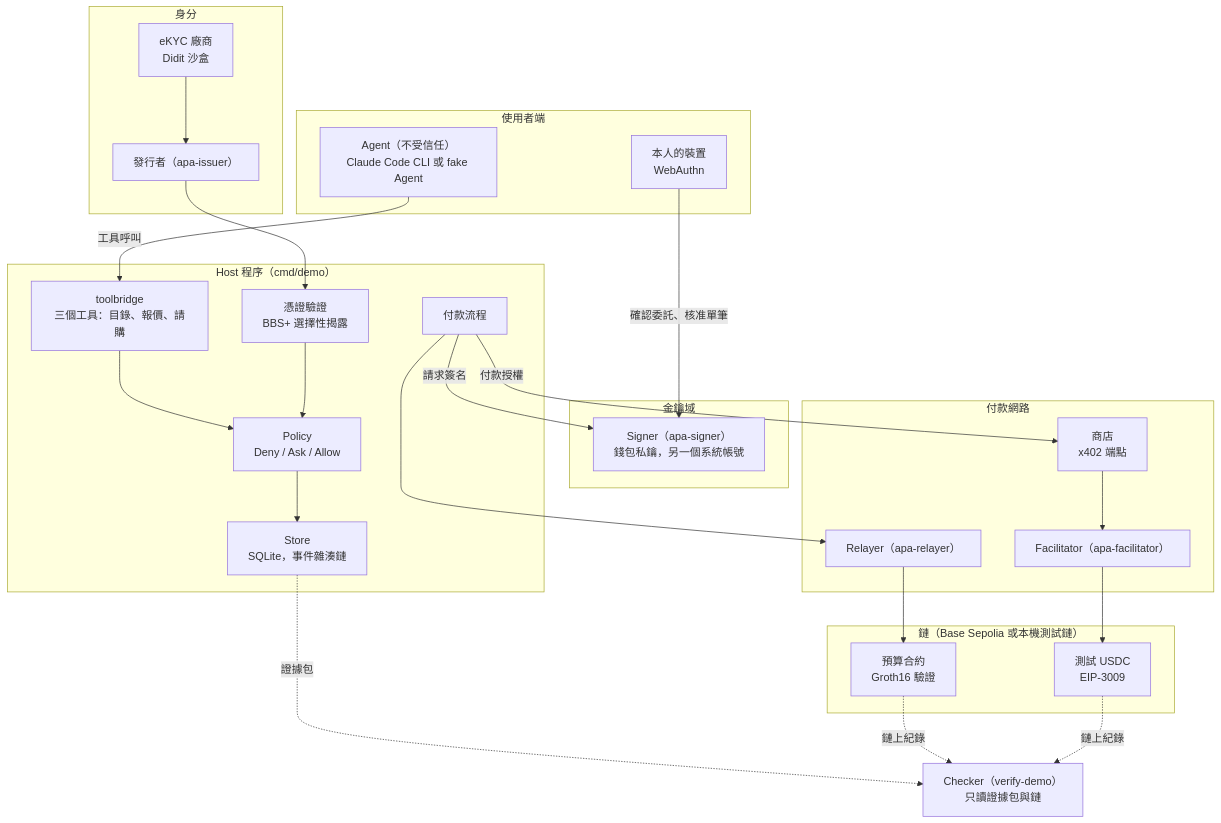
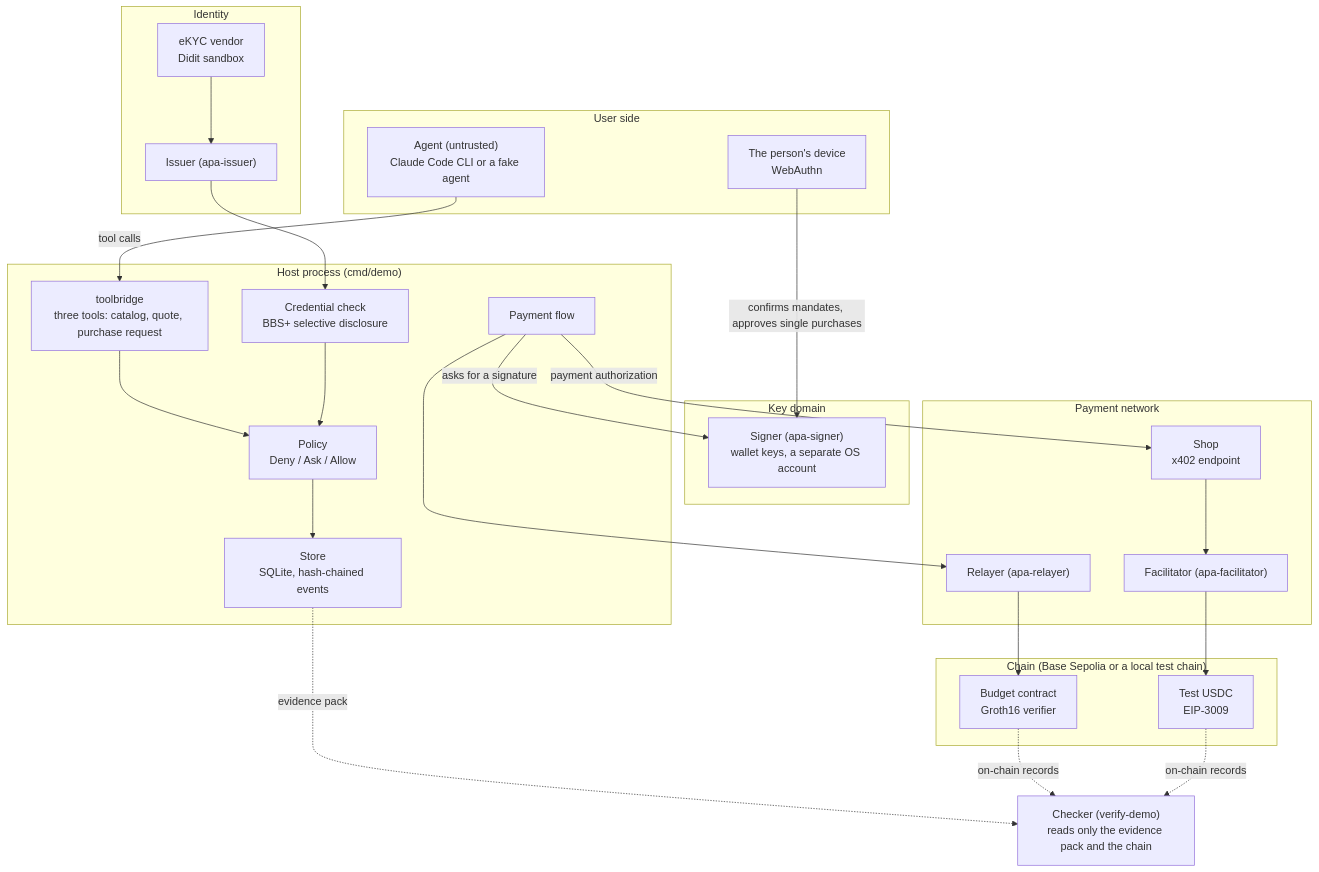
The second of 4 diagrams in README.md (SIMPLYBOYS/agent-payment-authority), drawn with Mermaid before and after one commit. The commit also changed other lines of this file and 1 other file, not shown here.

````diff
--- a/README.md
+++ b/README.md
@@ -88,48 +88,48 @@
 ```mermaid
 flowchart TB
-  subgraph user["使用者端"]
-    PERSON["本人的裝置<br/>WebAuthn"]
-    AGENT["Agent（不受信任）<br/>Claude Code CLI 或 fake Agent"]
+  subgraph user["User side"]
+    PERSON["The person's device<br/>WebAuthn"]
+    AGENT["Agent (untrusted)<br/>Claude Code CLI or a fake agent"]
   end
 
-  subgraph hostp["Host 程序（cmd/demo）"]
-    BRIDGE["toolbridge<br/>三個工具：目錄、報價、請購"]
+  subgraph hostp["Host process (cmd/demo)"]
+    BRIDGE["toolbridge<br/>three tools: catalog, quote, purchase request"]
     POLICY["Policy<br/>Deny / Ask / Allow"]
-    STORE["Store<br/>SQLite，事件雜湊鏈"]
-    CRED["憑證驗證<br/>BBS+ 選擇性揭露"]
-    PAY["付款流程"]
+    STORE["Store<br/>SQLite, hash-chained events"]
+    CRED["Credential check<br/>BBS+ selective disclosure"]
+    PAY["Payment flow"]
   end
 
-  subgraph keys["金鑰域"]
-    SIGNER["Signer（apa-signer）<br/>錢包私鑰，另一個系統帳號"]
+  subgraph keys["Key domain"]
+    SIGNER["Signer (apa-signer)<br/>wallet keys, a separate OS account"]
   end
 
-  subgraph idp["身分"]
-    EKYC["eKYC 廠商<br/>Didit 沙盒"]
-    ISSUER["發行者（apa-issuer）"]
+  subgraph idp["Identity"]
+    EKYC["eKYC vendor<br/>Didit sandbox"]
+    ISSUER["Issuer (apa-issuer)"]
   end
 
-  subgraph paynet["付款網路"]
-    RELAYER["Relayer（apa-relayer）"]
-    SHOP["商店<br/>x402 端點"]
-    FAC["Facilitator（apa-facilitator）"]
+  subgraph paynet["Payment network"]
+    RELAYER["Relayer (apa-relayer)"]
+    SHOP["Shop<br/>x402 endpoint"]
+    FAC["Facilitator (apa-facilitator)"]
   end
 
-  subgraph chain["鏈（Base Sepolia 或本機測試鏈）"]
-    BUDGET["預算合約<br/>Groth16 驗證"]
-    USDC["測試 USDC<br/>EIP-3009"]
+  subgraph chain["Chain (Base Sepolia or a local test chain)"]
+    BUDGET["Budget contract<br/>Groth16 verifier"]
+    USDC["Test USDC<br/>EIP-3009"]
   end
 
-  CHECKER["Checker（verify-demo）<br/>只讀證據包與鏈"]
+  CHECKER["Checker (verify-demo)<br/>reads only the evidence pack and the chain"]
 
-  AGENT -- "工具呼叫" --> BRIDGE --> POLICY --> STORE
+  AGENT -- "tool calls" --> BRIDGE --> POLICY --> STORE
   CRED --> POLICY
-  PERSON -- "確認委託、核准單筆" --> SIGNER
+  PERSON -- "confirms mandates, approves single purchases" --> SIGNER
   EKYC --> ISSUER --> CRED
-  PAY -- "請求簽名" --> SIGNER
+  PAY -- "asks for a signature" --> SIGNER
   PAY --> RELAYER --> BUDGET
-  PAY -- "付款授權" --> SHOP --> FAC --> USDC
-  STORE -. "證據包" .-> CHECKER
-  BUDGET -. "鏈上紀錄" .-> CHECKER
-  USDC -. "鏈上紀錄" .-> CHECKER
+  PAY -- "payment authorization" --> SHOP --> FAC --> USDC
+  STORE -. "evidence pack" .-> CHECKER
+  BUDGET -. "on-chain records" .-> CHECKER
+  USDC -. "on-chain records" .-> CHECKER
 ```
````
